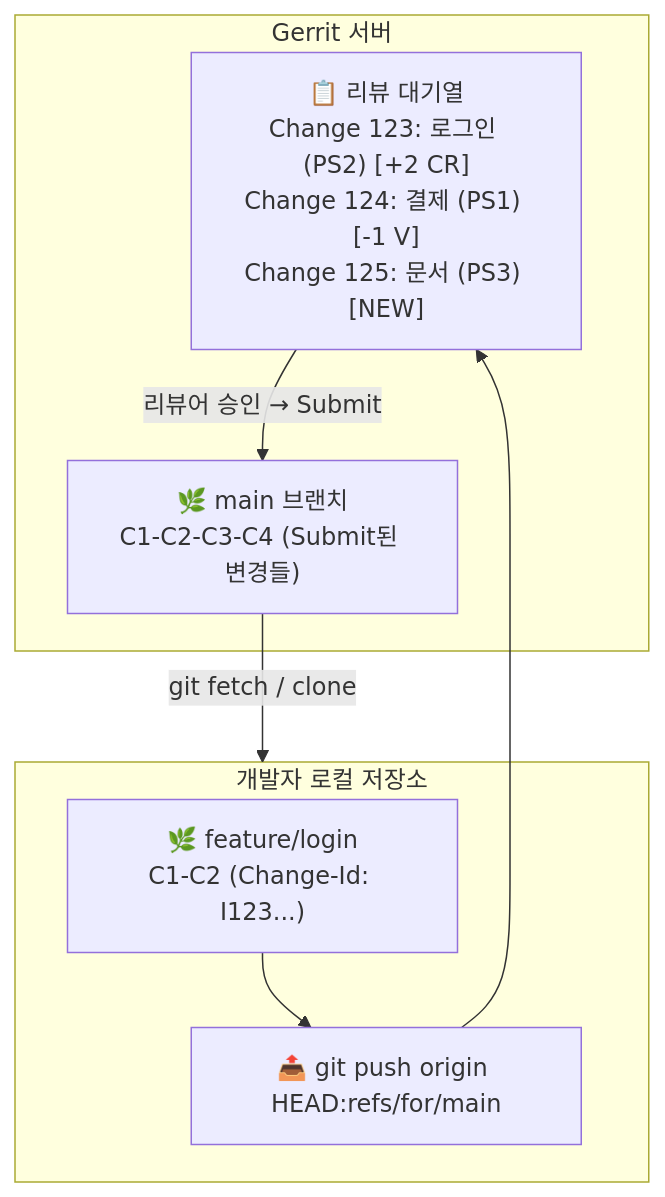
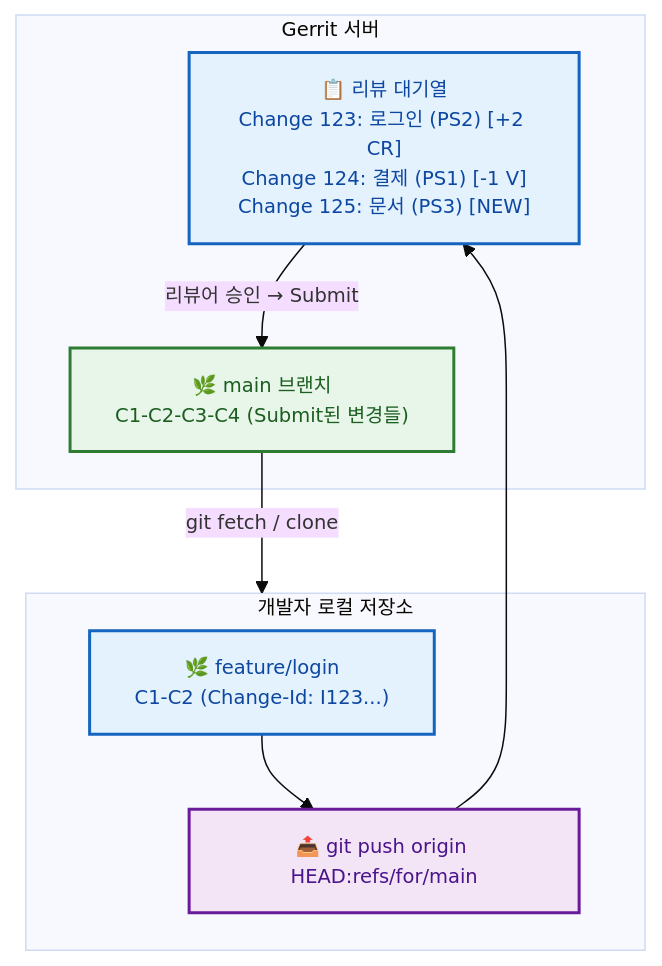
Before and after one commit to jingu279/Document: the second of 4 diagrams in git/07_Gerrit/01_Gerrit_소개.md, drawn with Mermaid. The commit also changed other lines of this file and 24 other files, not shown here.

First line of the commit message:
Git 문서 전체 Mermaid 다이어그램 스타일링 통일

````diff
--- a/git/07_Gerrit/01_Gerrit_소개.md
+++ b/git/07_Gerrit/01_Gerrit_소개.md
@@ -29,17 +36,24 @@
 ```mermaid
+%%{init: {'theme': 'base', 'themeVariables': {'fontSize': '13px'}}}%%
 flowchart TB
   subgraph GerritServer[Gerrit 서버]
-    Pending["📋 리뷰 대기열<br/>Change 123: 로그인 (PS2) [+2 CR]<br/>Change 124: 결제 (PS1) [-1 V]<br/>Change 125: 문서 (PS3) [NEW]"]
-    MainBranch["🌿 main 브랜치<br/>C1-C2-C3-C4 (Submit된 변경들)"]
+    Pending["📋 리뷰 대기열<br/>Change 123: 로그인 (PS2) [+2 CR]<br/>Change 124: 결제 (PS1) [-1 V]<br/>Change 125: 문서 (PS3) [NEW]"]:::proc
+    MainBranch["🌿 main 브랜치<br/>C1-C2-C3-C4 (Submit된 변경들)"]:::sub
     Pending -->|"리뷰어 승인 → Submit"| MainBranch
   end
 
   subgraph Developer[개발자 로컬 저장소]
-    DevBranch["🌿 feature/login<br/>C1-C2 (Change-Id: I123...)"]
-    Push["📤 git push origin HEAD:refs/for/main"]
+    DevBranch["🌿 feature/login<br/>C1-C2 (Change-Id: I123...)"]:::proc
+    Push["📤 git push origin HEAD:refs/for/main"]:::highlight
     DevBranch --> Push
   end
 
   Push --> Pending
   MainBranch -->|"git fetch / clone"| Developer
+
+classDef main fill:#fff3e0,stroke:#e65100,stroke-width:2px,color:#bf360c
+classDef sub fill:#e8f5e9,stroke:#2e7d32,stroke-width:2px,color:#1b5e20
+classDef proc fill:#e3f2fd,stroke:#1565c0,stroke-width:2px,color:#0d47a1
+classDef decision fill:#fff9c4,stroke:#f9a825,stroke-width:2px,color:#e65100
+classDef highlight fill:#f3e5f5,stroke:#6a1b9a,stroke-width:2px,color:#4a148c
 ```
````
